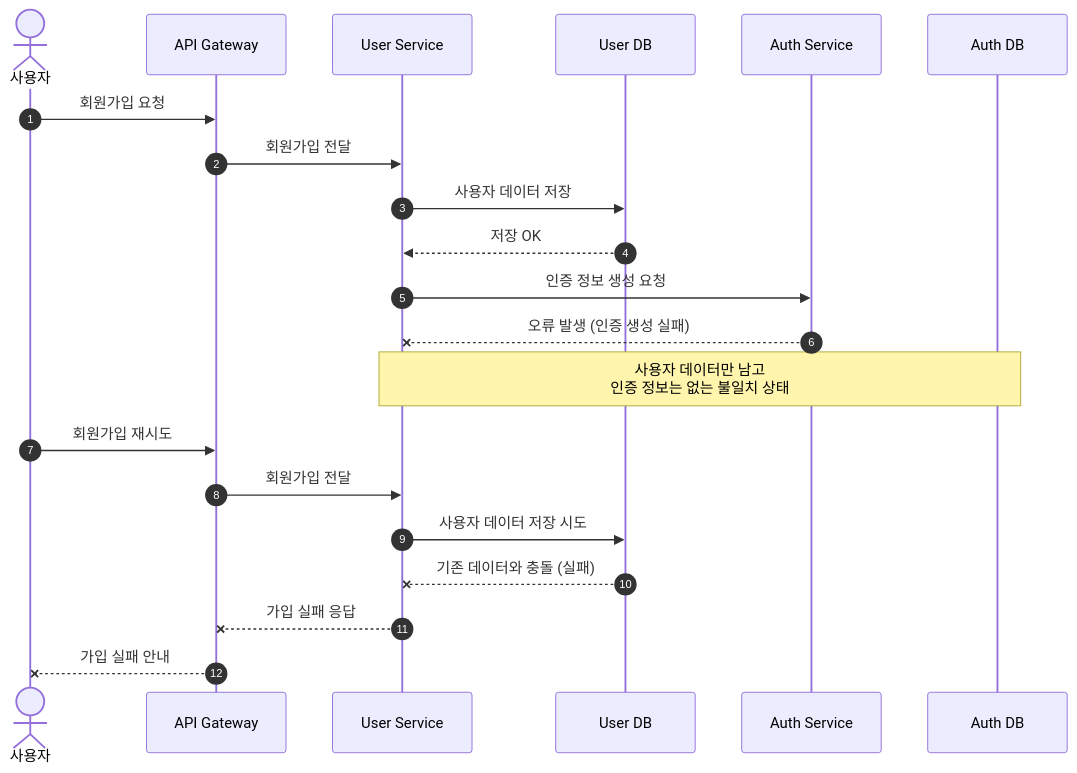
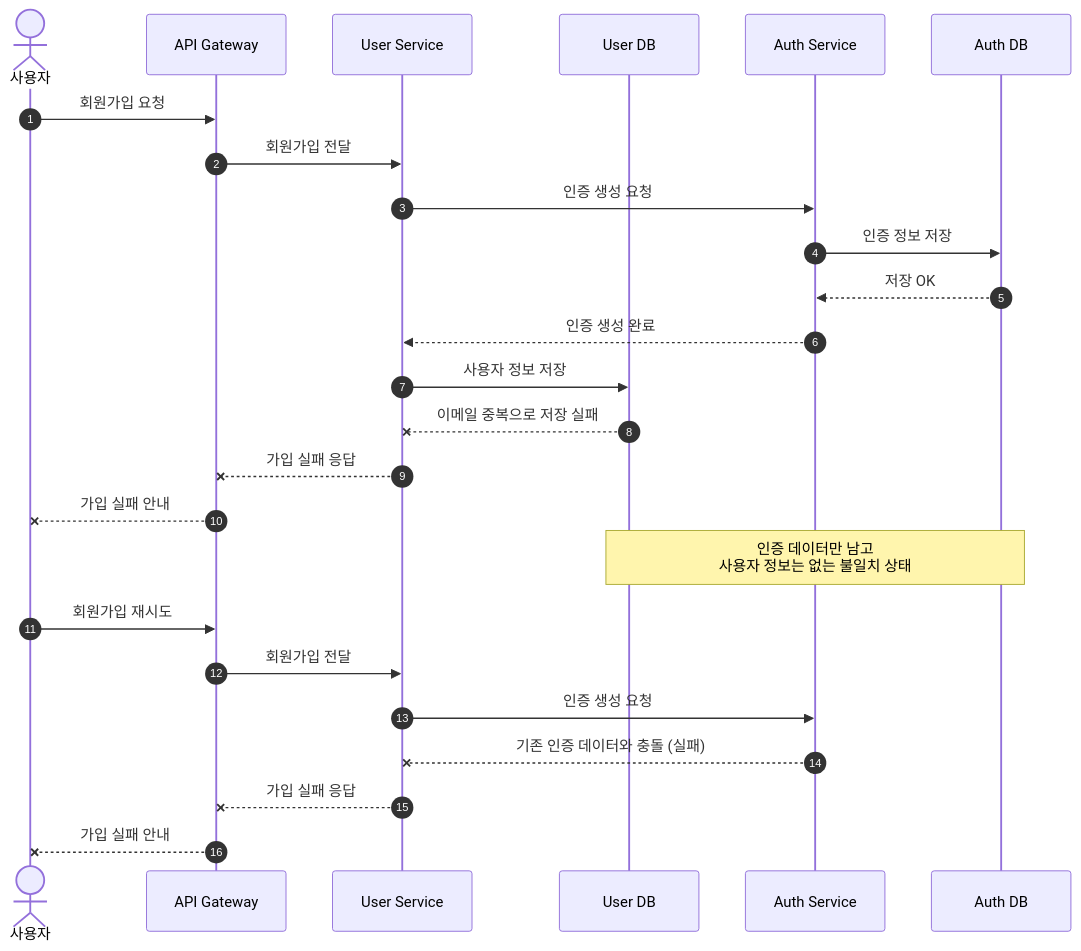
One commit to leaf-nam/portfolio changed the diagram in assets/docs/signup-failure-sequence.mmd. Above: the diagram before and after it, drawn with Mermaid. The commit also changed 1 other file, not shown here.

Commit message:
fix: sequence with first-try failure notice and email-duplicate cause

```diff
--- a/assets/docs/signup-failure-sequence.mmd
+++ b/assets/docs/signup-failure-sequence.mmd
@@ -1,25 +1,29 @@
 sequenceDiagram
     %% 회원가입 실패 시퀀스 (초안)
     %% 미리보기: https://mermaid.live 에 붙여넣기 / VS Code "Markdown Preview Mermaid Support" 확장
     autonumber
     actor U as 사용자
     participant GW as API Gateway
     participant US as User Service
     participant UDB as User DB
     participant AU as Auth Service
     participant AUDB as Auth DB
 
     U->>GW: 회원가입 요청
     GW->>US: 회원가입 전달
-    US->>UDB: 사용자 데이터 저장
-    UDB-->>US: 저장 OK
-    US->>AU: 인증 정보 생성 요청
-    AU--xUS: 오류 발생 (인증 생성 실패)
-    Note over US,AUDB: 사용자 데이터만 남고<br/>인증 정보는 없는 불일치 상태
+    US->>AU: 인증 생성 요청
+    AU->>AUDB: 인증 정보 저장
+    AUDB-->>AU: 저장 OK
+    AU-->>US: 인증 생성 완료
+    US->>UDB: 사용자 정보 저장
+    UDB--xUS: 이메일 중복으로 저장 실패
+    US--xGW: 가입 실패 응답
+    GW--xU: 가입 실패 안내
+    Note over AUDB,UDB: 인증 데이터만 남고<br/>사용자 정보는 없는 불일치 상태
 
     U->>GW: 회원가입 재시도
     GW->>US: 회원가입 전달
-    US->>UDB: 사용자 데이터 저장 시도
-    UDB--xUS: 기존 데이터와 충돌 (실패)
+    US->>AU: 인증 생성 요청
+    AU--xUS: 기존 인증 데이터와 충돌 (실패)
     US--xGW: 가입 실패 응답
     GW--xU: 가입 실패 안내
```
